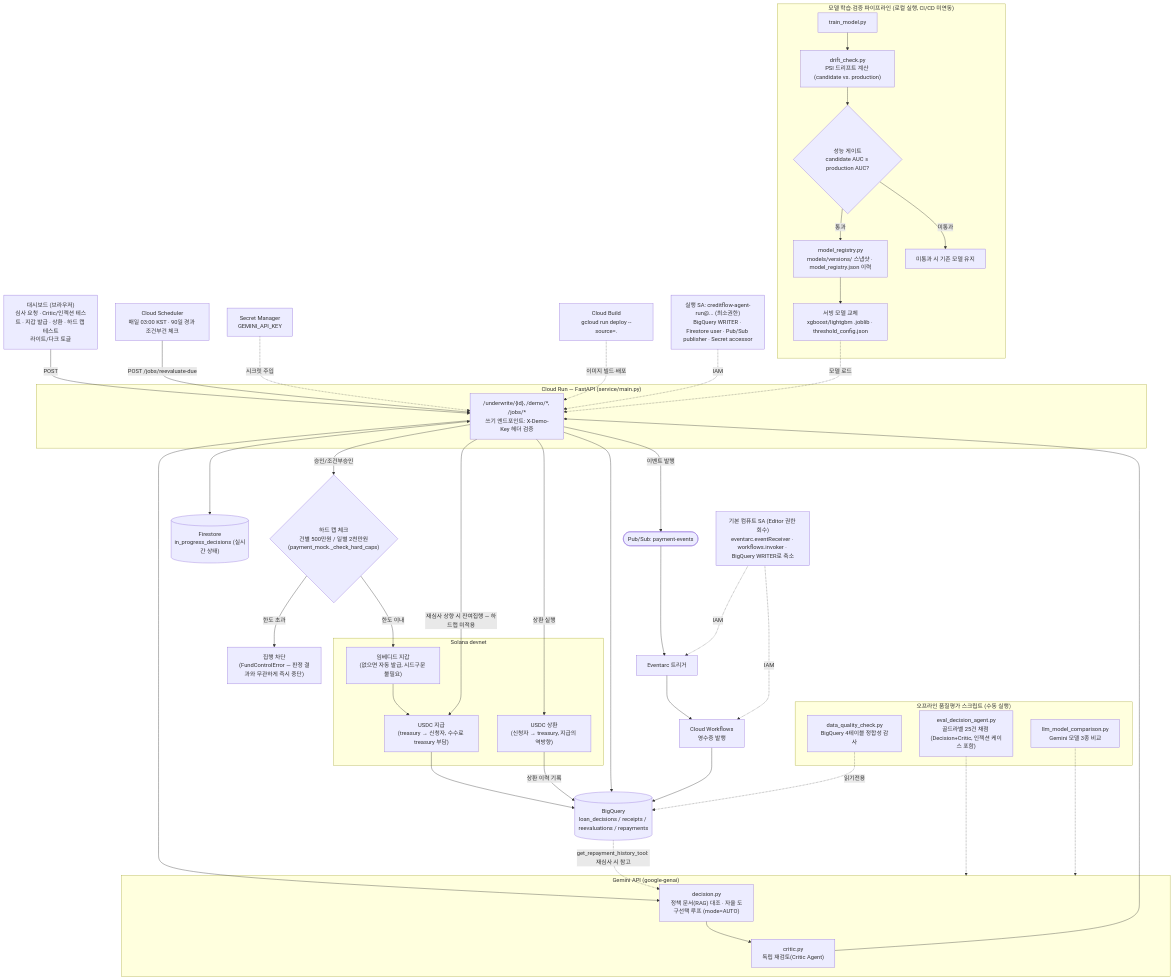
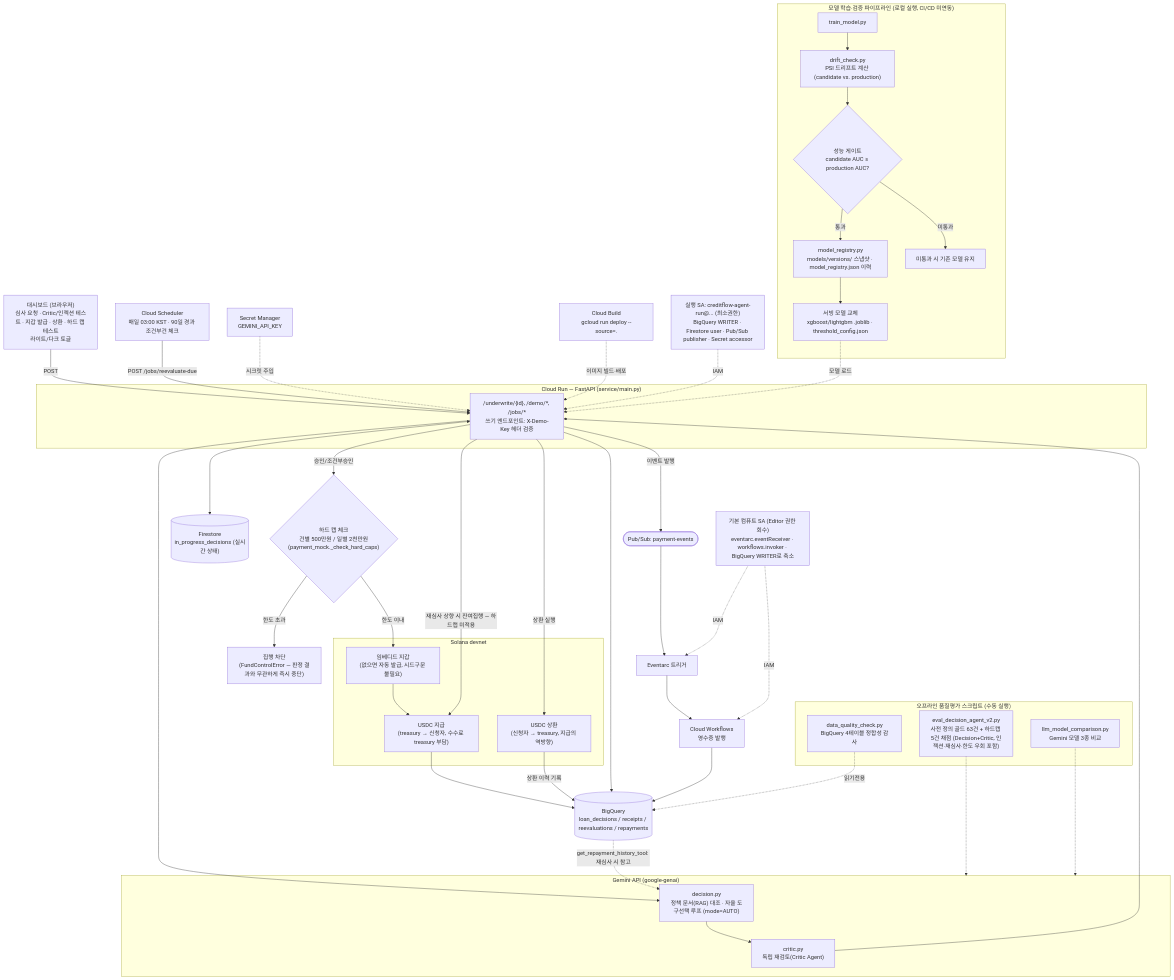
The diagram in docs/architecture.mmd (sujin-1015/creditflow-ai-agent), drawn with Mermaid before and after one commit. The commit also changed 4 other files, not shown here.

```diff
--- a/docs/architecture.mmd
+++ b/docs/architecture.mmd
@@ -1,75 +1,75 @@
 flowchart TB
     Browser["대시보드 (브라우저)<br/>심사 요청 · Critic/인젝션 테스트 · 지갑 발급 · 상환 · 하드 캡 테스트<br/>라이트/다크 토글"]
 
     subgraph Run["Cloud Run — FastAPI (service/main.py)"]
         API["/underwrite/{id}, /demo/*, /jobs/*<br/>쓰기 엔드포인트: X-Demo-Key 헤더 검증"]
     end
     RunSA["실행 SA: creditflow-agent-run@... (최소권한)<br/>BigQuery WRITER · Firestore user · Pub/Sub publisher · Secret accessor"]
 
     subgraph AI["Gemini API (google-genai)"]
         Decision["decision.py<br/>정책 문서(RAG) 대조 · 자율 도구선택 루프 (mode=AUTO)"]
         Critic["critic.py<br/>독립 재검토(Critic Agent)"]
     end
 
     HardCap{"하드 캡 체크<br/>건별 500만원 / 일별 2천만원<br/>(payment_mock._check_hard_caps)"}
     Blocked["집행 차단<br/>(FundControlError — 판정 결과와 무관하게 즉시 중단)"]
 
     subgraph Chain["Solana devnet"]
         Wallet["임베디드 지갑<br/>(없으면 자동 발급, 시드구문 불필요)"]
         Transfer["USDC 지급<br/>(treasury → 신청자, 수수료 treasury 부담)"]
         Repay["USDC 상환<br/>(신청자 → treasury, 지급의 역방향)"]
     end
 
     BQ[("BigQuery<br/>loan_decisions / receipts / reevaluations / repayments")]
     FS[("Firestore<br/>in_progress_decisions (실시간 상태)")]
     PS(["Pub/Sub: payment-events"])
     EA["Eventarc 트리거"]
     WF["Cloud Workflows<br/>영수증 발행"]
     SCH["Cloud Scheduler<br/>매일 03:00 KST · 90일 경과 조건부건 체크"]
     SM["Secret Manager<br/>GEMINI_API_KEY"]
     CB["Cloud Build<br/>gcloud run deploy --source=."]
     EventSA["기본 컴퓨트 SA (Editor 권한 회수)<br/>eventarc.eventReceiver · workflows.invoker · BigQuery WRITER로 축소"]
 
     Browser -->|POST| API
     API <--> FS
     API --> Decision --> Critic
     Critic --> API
     API -->|승인/조건부승인| HardCap
     HardCap -->|한도 이내| Wallet --> Transfer
     HardCap -->|한도 초과| Blocked
     API -->|상환 실행| Repay
     API -->|재심사 상향 시 잔여집행 — 하드캡 미적용| Transfer
     Transfer --> BQ
     Repay -->|상환 이력 기록| BQ
     BQ -.->|get_repayment_history_tool: 재심사 시 참고| Decision
     API --> BQ
     API -->|이벤트 발행| PS --> EA --> WF --> BQ
     SCH -->|POST /jobs/reevaluate-due| API
 
     SM -.->|시크릿 주입| API
     CB -.->|이미지 빌드·배포| API
     RunSA -.->|IAM| API
     EventSA -.->|IAM| EA
     EventSA -.->|IAM| WF
 
     subgraph MLOps["모델 학습·검증 파이프라인 (로컬 실행, CI/CD 미연동)"]
         Train["train_model.py"]
         Drift["drift_check.py<br/>PSI 드리프트 계산 (candidate vs. production)"]
         Gate{"성능 게이트<br/>candidate AUC ≥ production AUC?"}
         Registry["model_registry.py<br/>models/versions/ 스냅샷 · model_registry.json 이력"]
         ServingModel["서빙 모델 교체<br/>xgboost/lightgbm .joblib · threshold_config.json"]
         Keep["미통과 시 기존 모델 유지"]
         Train --> Drift --> Gate
         Gate -->|통과| Registry --> ServingModel
         Gate -->|미통과| Keep
     end
     ServingModel -.->|모델 로드| API
 
     subgraph QA["오프라인 품질평가 스크립트 (수동 실행)"]
-        EvalAgent["eval_decision_agent.py<br/>골드라벨 25건 채점 (Decision+Critic, 인젝션 케이스 포함)"]
+        EvalAgent["eval_decision_agent_v2.py<br/>사전 정의 골드 63건 + 하드캡 5건 채점 (Decision+Critic, 인젝션·재심사·한도 우회 포함)"]
         LLMCompare["llm_model_comparison.py<br/>Gemini 모델 3종 비교"]
         DataQuality["data_quality_check.py<br/>BigQuery 4테이블 정합성 감사"]
     end
     EvalAgent -.-> AI
     LLMCompare -.-> AI
     DataQuality -.->|읽기전용| BQ
```
